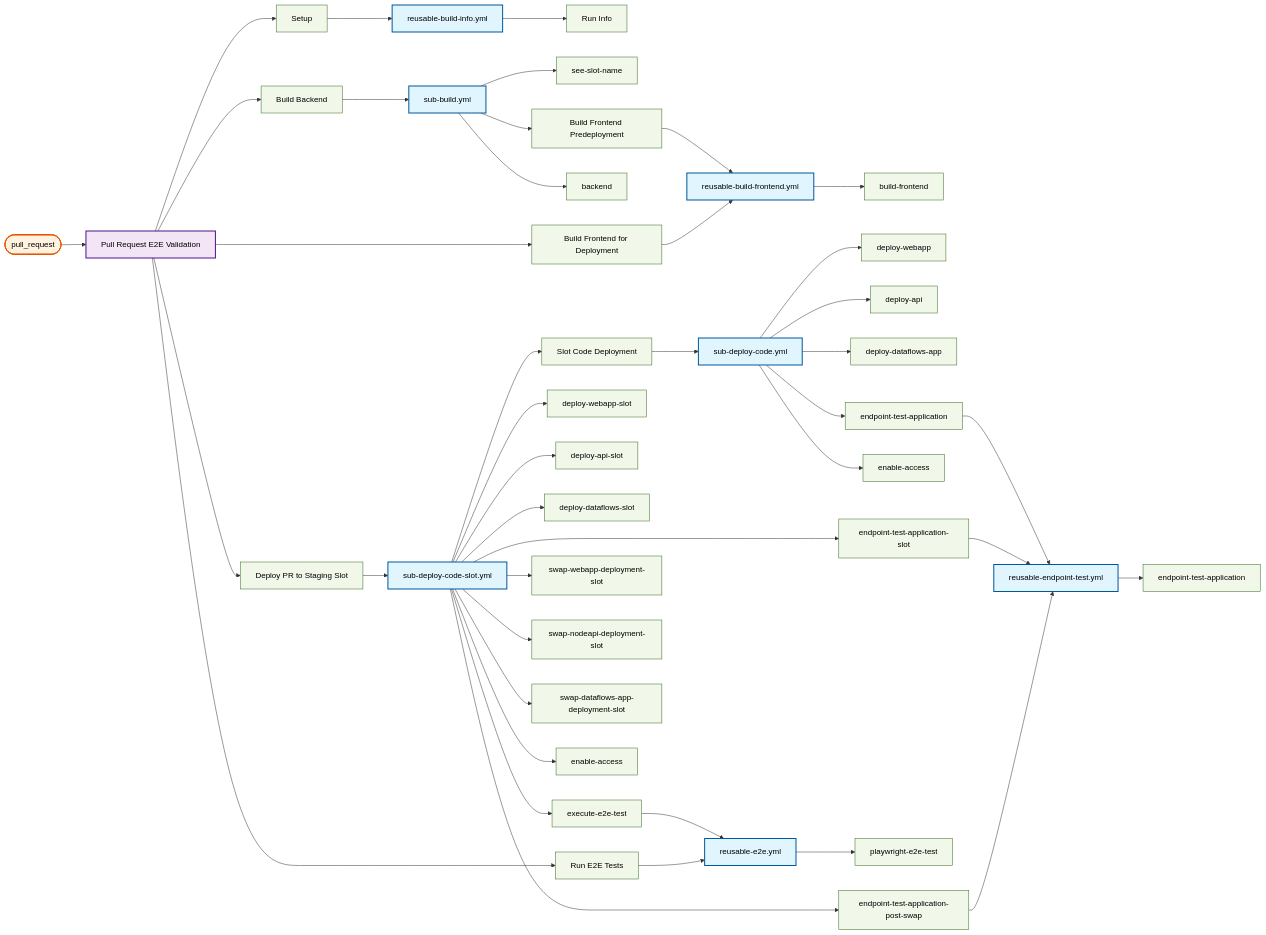
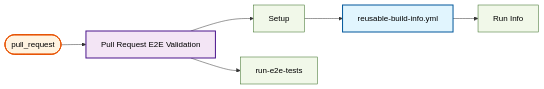
The sixth of 22 diagrams in docs/operations/workflow-diagram.md (US-Trustee-Program/Bankruptcy-Oversight-Support-Systems), drawn with Mermaid before and after one commit. The commit also changed other lines of this file and 2 other files, not shown here.

Commit message:
Run containerized E2E in the pipeline on PR ready to review
Jira ticket: CAMS-723

````diff
--- a/docs/operations/workflow-diagram.md
+++ b/docs/operations/workflow-diagram.md
@@ -86,79 +86,13 @@
     pr_validation_yml_setup["Setup"]
     reusable_build_info_yml["reusable-build-info.yml"]
     reusable_build_info_yml_build_info["Run Info"]
-    pr_validation_yml_build["Build Backend"]
-    sub_build_yml["sub-build.yml"]
-    sub_build_yml_see_slot_name["see-slot-name"]
-    sub_build_yml_build_frontend_predeployment["Build Frontend Predeployment"]
-    reusable_build_frontend_yml["reusable-build-frontend.yml"]
-    reusable_build_frontend_yml_build_frontend["build-frontend"]
-    sub_build_yml_backend["backend"]
-    pr_validation_yml_build_frontend_deployment["Build Frontend for Deployment"]
-    pr_validation_yml_deploy_pr_code["Deploy PR to Staging Slot"]
-    sub_deploy_code_slot_yml["sub-deploy-code-slot.yml"]
-    sub_deploy_code_slot_yml_deploy_code["Slot Code Deployment"]
-    sub_deploy_code_yml["sub-deploy-code.yml"]
-    sub_deploy_code_yml_deploy_webapp["deploy-webapp"]
-    sub_deploy_code_yml_deploy_api["deploy-api"]
-    sub_deploy_code_yml_deploy_dataflows_app["deploy-dataflows-app"]
-    sub_deploy_code_yml_endpoint_test_application["endpoint-test-application"]
-    reusable_endpoint_test_yml["reusable-endpoint-test.yml"]
-    reusable_endpoint_test_yml_endpoint_test_application["endpoint-test-application"]
-    sub_deploy_code_yml_enable_access["enable-access"]
-    sub_deploy_code_slot_yml_deploy_webapp_slot["deploy-webapp-slot"]
-    sub_deploy_code_slot_yml_deploy_api_slot["deploy-api-slot"]
-    sub_deploy_code_slot_yml_deploy_dataflows_slot["deploy-dataflows-slot"]
-    sub_deploy_code_slot_yml_endpoint_test_application_slot["endpoint-test-application-slot"]
-    sub_deploy_code_slot_yml_execute_e2e_test["execute-e2e-test"]
-    reusable_e2e_yml["reusable-e2e.yml"]
-    reusable_e2e_yml_playwright_e2e_test["playwright-e2e-test"]
-    sub_deploy_code_slot_yml_swap_webapp_deployment_slot["swap-webapp-deployment-slot"]
-    sub_deploy_code_slot_yml_swap_nodeapi_deployment_slot["swap-nodeapi-deployment-slot"]
-    sub_deploy_code_slot_yml_swap_dataflows_app_deployment_slot["swap-dataflows-app-deployment-slot"]
-    sub_deploy_code_slot_yml_endpoint_test_application_post_swap["endpoint-test-application-post-swap"]
-    sub_deploy_code_slot_yml_enable_access["enable-access"]
-    pr_validation_yml_execute_pr_e2e["Run E2E Tests"]
+    pr_validation_yml_run_e2e_tests["run-e2e-tests"]
 
     trigger_pull_request --> pr_validation_yml
     pr_validation_yml --> pr_validation_yml_setup
     reusable_build_info_yml --> reusable_build_info_yml_build_info
     pr_validation_yml_setup --> reusable_build_info_yml
-    pr_validation_yml --> pr_validation_yml_build
-    sub_build_yml --> sub_build_yml_see_slot_name
-    sub_build_yml --> sub_build_yml_build_frontend_predeployment
-    reusable_build_frontend_yml --> reusable_build_frontend_yml_build_frontend
-    sub_build_yml_build_frontend_predeployment --> reusable_build_frontend_yml
-    sub_build_yml --> sub_build_yml_backend
-    pr_validation_yml_build --> sub_build_yml
-    pr_validation_yml --> pr_validation_yml_build_frontend_deployment
-    pr_validation_yml_build_frontend_deployment --> reusable_build_frontend_yml
-    pr_validation_yml --> pr_validation_yml_deploy_pr_code
-    sub_deploy_code_slot_yml --> sub_deploy_code_slot_yml_deploy_code
-    sub_deploy_code_yml --> sub_deploy_code_yml_deploy_webapp
-    sub_deploy_code_yml --> sub_deploy_code_yml_deploy_api
-    sub_deploy_code_yml --> sub_deploy_code_yml_deploy_dataflows_app
-    sub_deploy_code_yml --> sub_deploy_code_yml_endpoint_test_application
-    reusable_endpoint_test_yml --> reusable_endpoint_test_yml_endpoint_test_application
-    sub_deploy_code_yml_endpoint_test_application --> reusable_endpoint_test_yml
-    sub_deploy_code_yml --> sub_deploy_code_yml_enable_access
-    sub_deploy_code_slot_yml_deploy_code --> sub_deploy_code_yml
-    sub_deploy_code_slot_yml --> sub_deploy_code_slot_yml_deploy_webapp_slot
-    sub_deploy_code_slot_yml --> sub_deploy_code_slot_yml_deploy_api_slot
-    sub_deploy_code_slot_yml --> sub_deploy_code_slot_yml_deploy_dataflows_slot
-    sub_deploy_code_slot_yml --> sub_deploy_code_slot_yml_endpoint_test_application_slot
-    sub_deploy_code_slot_yml_endpoint_test_application_slot --> reusable_endpoint_test_yml
-    sub_deploy_code_slot_yml --> sub_deploy_code_slot_yml_execute_e2e_test
-    reusable_e2e_yml --> reusable_e2e_yml_playwright_e2e_test
-    sub_deploy_code_slot_yml_execute_e2e_test --> reusable_e2e_yml
-    sub_deploy_code_slot_yml --> sub_deploy_code_slot_yml_swap_webapp_deployment_slot
-    sub_deploy_code_slot_yml --> sub_deploy_code_slot_yml_swap_nodeapi_deployment_slot
-    sub_deploy_code_slot_yml --> sub_deploy_code_slot_yml_swap_dataflows_app_deployment_slot
-    sub_deploy_code_slot_yml --> sub_deploy_code_slot_yml_endpoint_test_application_post_swap
-    sub_deploy_code_slot_yml_endpoint_test_application_post_swap --> reusable_endpoint_test_yml
-    sub_deploy_code_slot_yml --> sub_deploy_code_slot_yml_enable_access
-    pr_validation_yml_deploy_pr_code --> sub_deploy_code_slot_yml
-    pr_validation_yml --> pr_validation_yml_execute_pr_e2e
-    pr_validation_yml_execute_pr_e2e --> reusable_e2e_yml
+    pr_validation_yml --> pr_validation_yml_run_e2e_tests
 
     classDef reusable fill:#e1f5fe,stroke:#01579b,stroke-width:2px,color:#000000
     classDef mainWorkflow fill:#f3e5f5,stroke:#4a148c,stroke-width:2px,color:#000000
@@ -170,36 +104,5 @@
     class pr_validation_yml_setup job
     class reusable_build_info_yml reusable
     class reusable_build_info_yml_build_info job
-    class pr_validation_yml_build job
-    class sub_build_yml reusable
-    class sub_build_yml_see_slot_name job
-    class sub_build_yml_build_frontend_predeployment job
-    class reusable_build_frontend_yml reusable
-    class reusable_build_frontend_yml_build_frontend job
-    class sub_build_yml_backend job
-    class pr_validation_yml_build_frontend_deployment job
-    class pr_validation_yml_deploy_pr_code job
-    class sub_deploy_code_slot_yml reusable
-    class sub_deploy_code_slot_yml_deploy_code job
-    class sub_deploy_code_yml reusable
-    class sub_deploy_code_yml_deploy_webapp job
-    class sub_deploy_code_yml_deploy_api job
-    class sub_deploy_code_yml_deploy_dataflows_app job
-    class sub_deploy_code_yml_endpoint_test_application job
-    class reusable_endpoint_test_yml reusable
-    class reusable_endpoint_test_yml_endpoint_test_application job
-    class sub_deploy_code_yml_enable_access job
-    class sub_deploy_code_slot_yml_deploy_webapp_slot job
-    class sub_deploy_code_slot_yml_deploy_api_slot job
-    class sub_deploy_code_slot_yml_deploy_dataflows_slot job
-    class sub_deploy_code_slot_yml_endpoint_test_application_slot job
-    class sub_deploy_code_slot_yml_execute_e2e_test job
-    class reusable_e2e_yml reusable
-    class reusable_e2e_yml_playwright_e2e_test job
-    class sub_deploy_code_slot_yml_swap_webapp_deployment_slot job
-    class sub_deploy_code_slot_yml_swap_nodeapi_deployment_slot job
-    class sub_deploy_code_slot_yml_swap_dataflows_app_deployment_slot job
-    class sub_deploy_code_slot_yml_endpoint_test_application_post_swap job
-    class sub_deploy_code_slot_yml_enable_access job
-    class pr_validation_yml_execute_pr_e2e job
+    class pr_validation_yml_run_e2e_tests job
 ```
````
